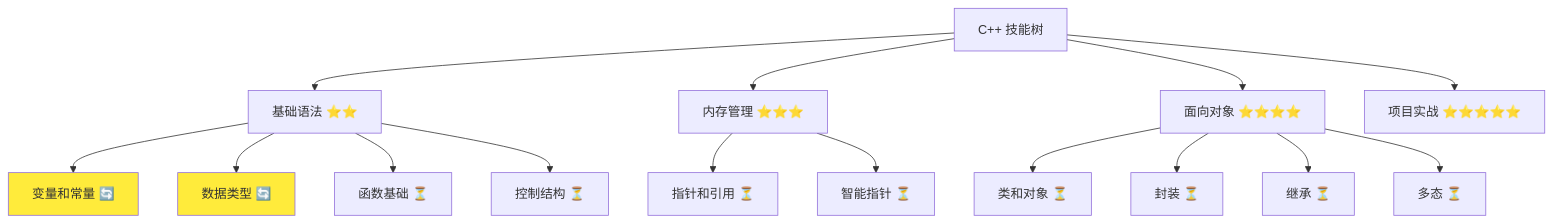
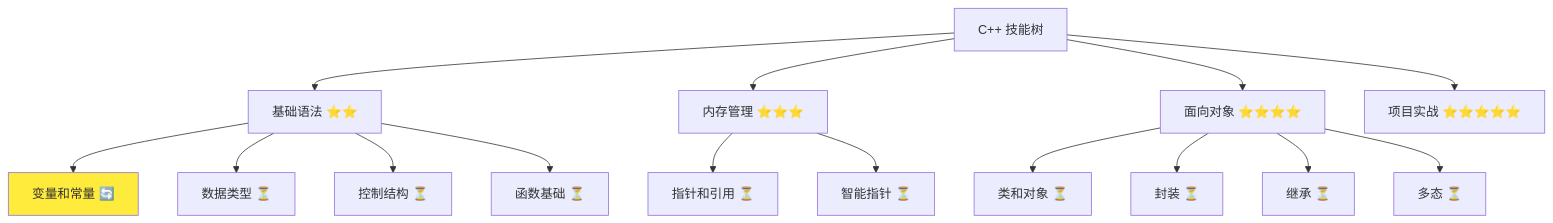
Before and after one commit to IdEvEbI/QtLanChat-FeiQClone: the first of 3 diagrams in docs/stage1/01-cpp-introduction.md, drawn with Mermaid. The commit also changed other lines of this file, not shown here.

Commit message:
docs: 修正01-cpp-introduction.md技能树顺序
优化内容：
- 头部和底部技能树：将控制结构（B3）和函数基础（B4）对调位置
- 技能树顺序：变量和常量 → 数据类型 → 控制结构 → 函数基础
- 符合学习顺序：控制结构应在函数基础之前学习
- 保持技能点状态准确性

修正说明：
- B3[控制结构 ⏳] - 在学习变量和数据类型后开始学习
- B4[函数基础 ⏳] - 在学习控制结构后开始学习
- B1[变量和常量 🔄] - 当前正在进行，保持黄色高亮

参考标准：01-document-writing-standards.md中的技能树顺序

````diff
--- a/docs/stage1/01-cpp-introduction.md
+++ b/docs/stage1/01-cpp-introduction.md
@@ -32,23 +32,22 @@
 ```mermaid
 graph TD
     A[C++ 技能树] --> B[基础语法 ⭐⭐]
     A --> C[内存管理 ⭐⭐⭐]
     A --> D[面向对象 ⭐⭐⭐⭐]
     A --> E[项目实战 ⭐⭐⭐⭐⭐]
 
     B --> B1[变量和常量 🔄]
-    B --> B2[数据类型 🔄]
-    B --> B3[函数基础 ⏳]
-    B --> B4[控制结构 ⏳]
+    B --> B2[数据类型 ⏳]
+    B --> B3[控制结构 ⏳]
+    B --> B4[函数基础 ⏳]
 
     C --> C1[指针和引用 ⏳]
     C --> C2[智能指针 ⏳]
 
     D --> D1[类和对象 ⏳]
     D --> D2[封装 ⏳]
     D --> D3[继承 ⏳]
     D --> D4[多态 ⏳]
 
     style B1 fill:#ffeb3b
-    style B2 fill:#ffeb3b
 ```
````
